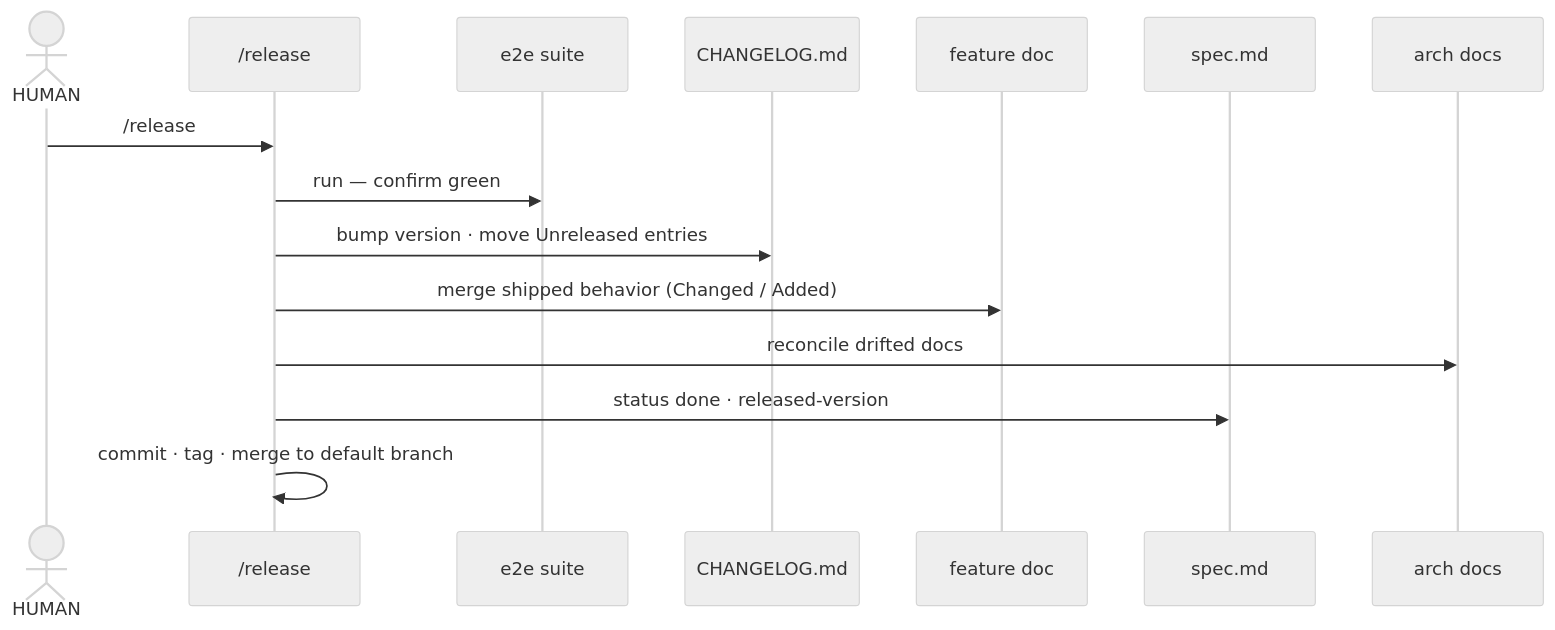
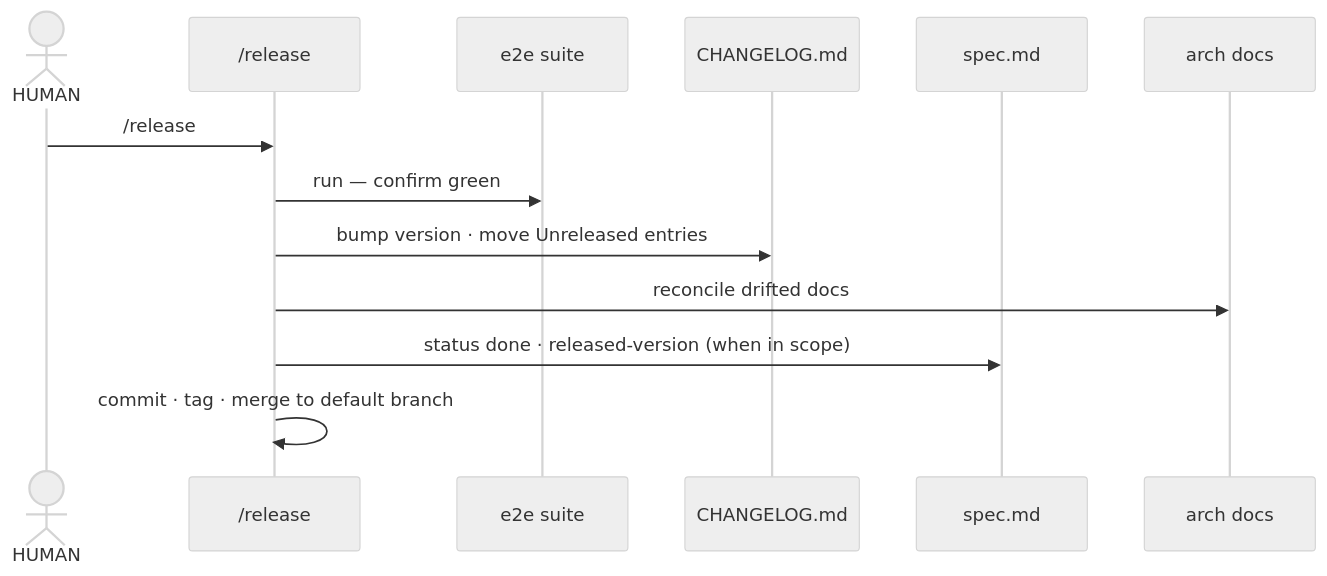
Before and after one commit to AIDDbot/AIDDbot: the seventh of 7 diagrams in docs/AIDD.diagrams.md, drawn with Mermaid (neutral theme). The commit also changed other lines of this file and 16 other files, not shown here.

````diff
--- a/docs/AIDD.diagrams.md
+++ b/docs/AIDD.diagrams.md
@@ -163,18 +162,16 @@
 ```mermaid
 sequenceDiagram
   actor H as HUMAN
   participant R as /release
   participant S as e2e suite
   participant C as CHANGELOG.md
-  participant D as feature doc
   participant P as spec.md
   participant A as arch docs
 
   H->>R: /release
   R->>S: run — confirm green
   R->>C: bump version · move Unreleased entries
-  R->>D: merge shipped behavior (Changed / Added)
   R->>A: reconcile drifted docs
-  R->>P: status done · released-version
+  R->>P: status done · released-version (when in scope)
   R->>R: commit · tag · merge to default branch
 ```
````
